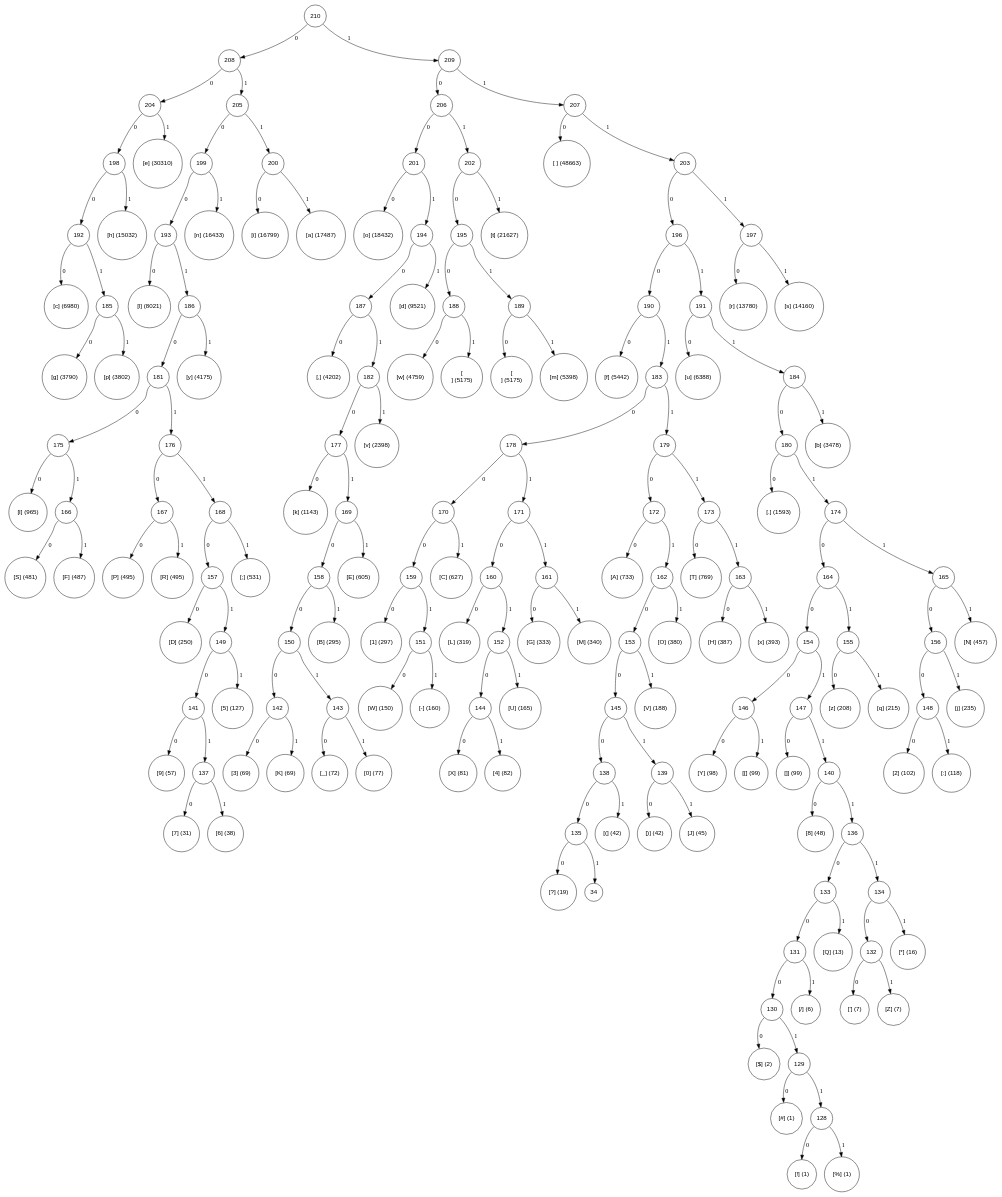
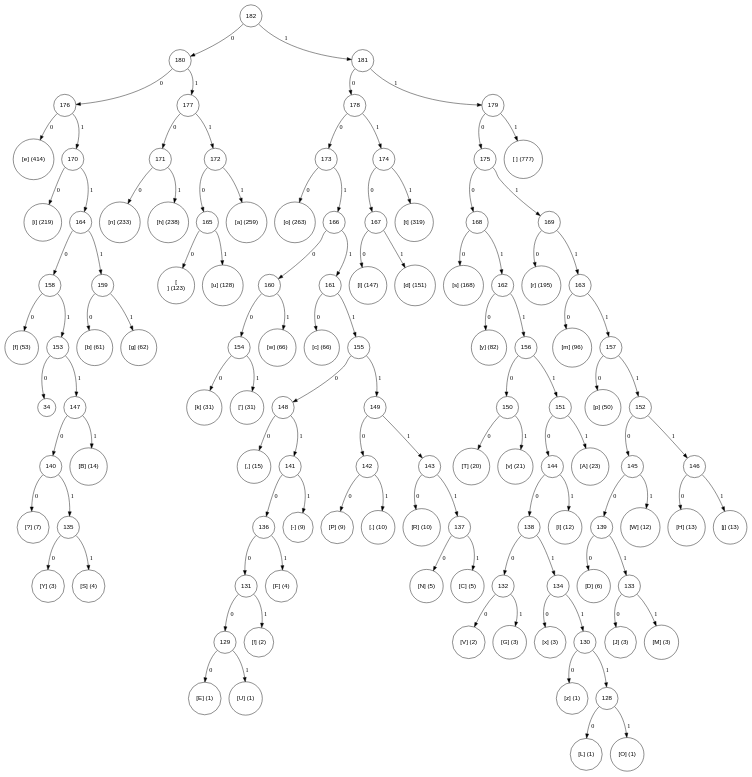
The diagram in fil_rouge/huffman/huffman/dot/v_00000_tree.dot (silvavds/aap), drawn with Graphviz before and after one commit. The commit also changed 10 other files, not shown here.

```diff
--- a/fil_rouge/huffman/huffman/dot/v_00000_tree.dot
+++ b/fil_rouge/huffman/huffman/dot/v_00000_tree.dot
@@ -1,338 +1,225 @@
 digraph tree {
 	node [fontname="Arial", shape="circle", width=0.5]; 
 
-210:sw -> 208 [label = " 0"]; 
-208 [label = "208"]; 
-208:sw -> 204 [label = " 0"]; 
-204 [label = "204"]; 
-204:se -> 101 [label = " 1"]; 
-101 [label = "[e] (30310) "]; 
-204:sw -> 198 [label = " 0"]; 
-198 [label = "198"]; 
-198:se -> 104 [label = " 1"]; 
-104 [label = "[h] (15032) "]; 
-198:sw -> 192 [label = " 0"]; 
-192 [label = "192"]; 
-192:sw -> 99 [label = " 0"]; 
-99 [label = "[c] (6980) "]; 
-192:se -> 185 [label = " 1"]; 
-185 [label = "185"]; 
-185:sw -> 103 [label = " 0"]; 
-103 [label = "[g] (3790) "]; 
-185:se -> 112 [label = " 1"]; 
-112 [label = "[p] (3802) "]; 
-208:se -> 205 [label = " 1"]; 
-205 [label = "205"]; 
-205:sw -> 199 [label = " 0"]; 
-199 [label = "199"]; 
-199:se -> 110 [label = " 1"]; 
-110 [label = "[n] (16433) "]; 
-199:sw -> 193 [label = " 0"]; 
-193 [label = "193"]; 
-193:sw -> 108 [label = " 0"]; 
-108 [label = "[l] (8021) "]; 
-193:se -> 186 [label = " 1"]; 
-186 [label = "186"]; 
-186:se -> 121 [label = " 1"]; 
-121 [label = "[y] (4175) "]; 
-186:sw -> 181 [label = " 0"]; 
+182:sw -> 180 [label = " 0"]; 
+180 [label = "180"]; 
+180:sw -> 176 [label = " 0"]; 
+176 [label = "176"]; 
+176:sw -> 101 [label = " 0"]; 
+101 [label = "[e] (414) "]; 
+176:se -> 170 [label = " 1"]; 
+170 [label = "170"]; 
+170:sw -> 105 [label = " 0"]; 
+105 [label = "[i] (219) "]; 
+170:se -> 164 [label = " 1"]; 
+164 [label = "164"]; 
+164:sw -> 158 [label = " 0"]; 
+158 [label = "158"]; 
+158:sw -> 102 [label = " 0"]; 
+102 [label = "[f] (53) "]; 
+158:se -> 153 [label = " 1"]; 
+153 [label = "153"]; 
+153:sw -> 34 [label = " 0"]; 
+34 [label = "34"]; 
+153:se -> 147 [label = " 1"]; 
+147 [label = "147"]; 
+147:se -> 66 [label = " 1"]; 
+66 [label = "[B] (14) "]; 
+147:sw -> 140 [label = " 0"]; 
+140 [label = "140"]; 
+140:sw -> 63 [label = " 0"]; 
+63 [label = "[?] (7) "]; 
+140:se -> 135 [label = " 1"]; 
+135 [label = "135"]; 
+135:se -> 83 [label = " 1"]; 
+83 [label = "[S] (4) "]; 
+135:sw -> 89 [label = " 0"]; 
+89 [label = "[Y] (3) "]; 
+164:se -> 159 [label = " 1"]; 
+159 [label = "159"]; 
+159:sw -> 98 [label = " 0"]; 
+98 [label = "[b] (61) "]; 
+159:se -> 103 [label = " 1"]; 
+103 [label = "[g] (62) "]; 
+180:se -> 177 [label = " 1"]; 
+177 [label = "177"]; 
+177:sw -> 171 [label = " 0"]; 
+171 [label = "171"]; 
+171:se -> 104 [label = " 1"]; 
+104 [label = "[h] (238) "]; 
+171:sw -> 110 [label = " 0"]; 
+110 [label = "[n] (233) "]; 
+177:se -> 172 [label = " 1"]; 
+172 [label = "172"]; 
+172:se -> 97 [label = " 1"]; 
+97 [label = "[a] (259) "]; 
+172:sw -> 165 [label = " 0"]; 
+165 [label = "165"]; 
+165:sw -> 10 [label = " 0"]; 
+10 [label = "[
+] (123) "]; 
+165:se -> 117 [label = " 1"]; 
+117 [label = "[u] (128) "]; 
+182:se -> 181 [label = " 1"]; 
 181 [label = "181"]; 
-181:sw -> 175 [label = " 0"]; 
+181:sw -> 178 [label = " 0"]; 
+178 [label = "178"]; 
+178:sw -> 173 [label = " 0"]; 
+173 [label = "173"]; 
+173:sw -> 111 [label = " 0"]; 
+111 [label = "[o] (263) "]; 
+173:se -> 166 [label = " 1"]; 
+166 [label = "166"]; 
+166:sw -> 160 [label = " 0"]; 
+160 [label = "160"]; 
+160:se -> 119 [label = " 1"]; 
+119 [label = "[w] (66) "]; 
+160:sw -> 154 [label = " 0"]; 
+154 [label = "154"]; 
+154:se -> 39 [label = " 1"]; 
+39 [label = "['] (31) "]; 
+154:sw -> 107 [label = " 0"]; 
+107 [label = "[k] (31) "]; 
+166:se -> 161 [label = " 1"]; 
+161 [label = "161"]; 
+161:sw -> 99 [label = " 0"]; 
+99 [label = "[c] (66) "]; 
+161:se -> 155 [label = " 1"]; 
+155 [label = "155"]; 
+155:sw -> 148 [label = " 0"]; 
+148 [label = "148"]; 
+148:sw -> 44 [label = " 0"]; 
+44 [label = "[,] (15) "]; 
+148:se -> 141 [label = " 1"]; 
+141 [label = "141"]; 
+141:se -> 45 [label = " 1"]; 
+45 [label = "[-] (9) "]; 
+141:sw -> 136 [label = " 0"]; 
+136 [label = "136"]; 
+136:se -> 70 [label = " 1"]; 
+70 [label = "[F] (4) "]; 
+136:sw -> 131 [label = " 0"]; 
+131 [label = "131"]; 
+131:se -> 33 [label = " 1"]; 
+33 [label = "[!] (2) "]; 
+131:sw -> 129 [label = " 0"]; 
+129 [label = "129"]; 
+129:sw -> 69 [label = " 0"]; 
+69 [label = "[E] (1) "]; 
+129:se -> 85 [label = " 1"]; 
+85 [label = "[U] (1) "]; 
+155:se -> 149 [label = " 1"]; 
+149 [label = "149"]; 
+149:sw -> 142 [label = " 0"]; 
+142 [label = "142"]; 
+142:se -> 46 [label = " 1"]; 
+46 [label = "[.] (10) "]; 
+142:sw -> 80 [label = " 0"]; 
+80 [label = "[P] (9) "]; 
+149:se -> 143 [label = " 1"]; 
+143 [label = "143"]; 
+143:sw -> 82 [label = " 0"]; 
+82 [label = "[R] (10) "]; 
+143:se -> 137 [label = " 1"]; 
+137 [label = "137"]; 
+137:se -> 67 [label = " 1"]; 
+67 [label = "[C] (5) "]; 
+137:sw -> 78 [label = " 0"]; 
+78 [label = "[N] (5) "]; 
+178:se -> 174 [label = " 1"]; 
+174 [label = "174"]; 
+174:se -> 116 [label = " 1"]; 
+116 [label = "[t] (319) "]; 
+174:sw -> 167 [label = " 0"]; 
+167 [label = "167"]; 
+167:se -> 100 [label = " 1"]; 
+100 [label = "[d] (151) "]; 
+167:sw -> 108 [label = " 0"]; 
+108 [label = "[l] (147) "]; 
+181:se -> 179 [label = " 1"]; 
+179 [label = "179"]; 
+179:se -> 32 [label = " 1"]; 
+32 [label = "[ ] (777) "]; 
+179:sw -> 175 [label = " 0"]; 
 175 [label = "175"]; 
-175:sw -> 73 [label = " 0"]; 
-73 [label = "[I] (965) "]; 
-175:se -> 166 [label = " 1"]; 
-166 [label = "166"]; 
-166:se -> 70 [label = " 1"]; 
-70 [label = "[F] (487) "]; 
-166:sw -> 83 [label = " 0"]; 
-83 [label = "[S] (481) "]; 
-181:se -> 176 [label = " 1"]; 
-176 [label = "176"]; 
-176:sw -> 167 [label = " 0"]; 
-167 [label = "167"]; 
-167:sw -> 80 [label = " 0"]; 
-80 [label = "[P] (495) "]; 
-167:se -> 82 [label = " 1"]; 
-82 [label = "[R] (495) "]; 
-176:se -> 168 [label = " 1"]; 
+175:sw -> 168 [label = " 0"]; 
 168 [label = "168"]; 
-168:se -> 59 [label = " 1"]; 
-59 [label = "[;] (531) "]; 
-168:sw -> 157 [label = " 0"]; 
+168:sw -> 115 [label = " 0"]; 
+115 [label = "[s] (168) "]; 
+168:se -> 162 [label = " 1"]; 
+162 [label = "162"]; 
+162:sw -> 121 [label = " 0"]; 
+121 [label = "[y] (82) "]; 
+162:se -> 156 [label = " 1"]; 
+156 [label = "156"]; 
+156:sw -> 150 [label = " 0"]; 
+150 [label = "150"]; 
+150:sw -> 84 [label = " 0"]; 
+84 [label = "[T] (20) "]; 
+150:se -> 118 [label = " 1"]; 
+118 [label = "[v] (21) "]; 
+156:se -> 151 [label = " 1"]; 
+151 [label = "151"]; 
+151:se -> 65 [label = " 1"]; 
+65 [label = "[A] (23) "]; 
+151:sw -> 144 [label = " 0"]; 
+144 [label = "144"]; 
+144:se -> 73 [label = " 1"]; 
+73 [label = "[I] (12) "]; 
+144:sw -> 138 [label = " 0"]; 
+138 [label = "138"]; 
+138:sw -> 132 [label = " 0"]; 
+132 [label = "132"]; 
+132:se -> 71 [label = " 1"]; 
+71 [label = "[G] (3) "]; 
+132:sw -> 86 [label = " 0"]; 
+86 [label = "[V] (2) "]; 
+138:se -> 134 [label = " 1"]; 
+134 [label = "134"]; 
+134:sw -> 120 [label = " 0"]; 
+120 [label = "[x] (3) "]; 
+134:se -> 130 [label = " 1"]; 
+130 [label = "130"]; 
+130:sw -> 122 [label = " 0"]; 
+122 [label = "[z] (1) "]; 
+130:se -> 128 [label = " 1"]; 
+128 [label = "128"]; 
+128:sw -> 76 [label = " 0"]; 
+76 [label = "[L] (1) "]; 
+128:se -> 79 [label = " 1"]; 
+79 [label = "[O] (1) "]; 
+175:se -> 169 [label = " 1"]; 
+169 [label = "169"]; 
+169:sw -> 114 [label = " 0"]; 
+114 [label = "[r] (195) "]; 
+169:se -> 163 [label = " 1"]; 
+163 [label = "163"]; 
+163:sw -> 109 [label = " 0"]; 
+109 [label = "[m] (96) "]; 
+163:se -> 157 [label = " 1"]; 
 157 [label = "157"]; 
-157:sw -> 68 [label = " 0"]; 
-68 [label = "[D] (250) "]; 
-157:se -> 149 [label = " 1"]; 
-149 [label = "149"]; 
-149:se -> 53 [label = " 1"]; 
-53 [label = "[5] (127) "]; 
-149:sw -> 141 [label = " 0"]; 
-141 [label = "141"]; 
-141:sw -> 57 [label = " 0"]; 
-57 [label = "[9] (57) "]; 
-141:se -> 137 [label = " 1"]; 
-137 [label = "137"]; 
-137:se -> 54 [label = " 1"]; 
-54 [label = "[6] (38) "]; 
-137:sw -> 55 [label = " 0"]; 
-55 [label = "[7] (31) "]; 
-205:se -> 200 [label = " 1"]; 
-200 [label = "200"]; 
-200:se -> 97 [label = " 1"]; 
-97 [label = "[a] (17487) "]; 
-200:sw -> 105 [label = " 0"]; 
-105 [label = "[i] (16799) "]; 
-210:se -> 209 [label = " 1"]; 
-209 [label = "209"]; 
-209:sw -> 206 [label = " 0"]; 
-206 [label = "206"]; 
-206:sw -> 201 [label = " 0"]; 
-201 [label = "201"]; 
-201:sw -> 111 [label = " 0"]; 
-111 [label = "[o] (18432) "]; 
-201:se -> 194 [label = " 1"]; 
-194 [label = "194"]; 
-194:se -> 100 [label = " 1"]; 
-100 [label = "[d] (9521) "]; 
-194:sw -> 187 [label = " 0"]; 
-187 [label = "187"]; 
-187:sw -> 44 [label = " 0"]; 
-44 [label = "[,] (4202) "]; 
-187:se -> 182 [label = " 1"]; 
-182 [label = "182"]; 
-182:se -> 118 [label = " 1"]; 
-118 [label = "[v] (2398) "]; 
-182:sw -> 177 [label = " 0"]; 
-177 [label = "177"]; 
-177:sw -> 107 [label = " 0"]; 
-107 [label = "[k] (1143) "]; 
-177:se -> 169 [label = " 1"]; 
-169 [label = "169"]; 
-169:se -> 69 [label = " 1"]; 
-69 [label = "[E] (605) "]; 
-169:sw -> 158 [label = " 0"]; 
-158 [label = "158"]; 
-158:se -> 66 [label = " 1"]; 
-66 [label = "[B] (295) "]; 
-158:sw -> 150 [label = " 0"]; 
-150 [label = "150"]; 
-150:sw -> 142 [label = " 0"]; 
-142 [label = "142"]; 
-142:sw -> 51 [label = " 0"]; 
-51 [label = "[3] (69) "]; 
-142:se -> 75 [label = " 1"]; 
-75 [label = "[K] (69) "]; 
-150:se -> 143 [label = " 1"]; 
-143 [label = "143"]; 
-143:se -> 48 [label = " 1"]; 
-48 [label = "[0] (77) "]; 
-143:sw -> 95 [label = " 0"]; 
-95 [label = "[_] (72) "]; 
-206:se -> 202 [label = " 1"]; 
-202 [label = "202"]; 
-202:se -> 116 [label = " 1"]; 
-116 [label = "[t] (21627) "]; 
-202:sw -> 195 [label = " 0"]; 
-195 [label = "195"]; 
-195:sw -> 188 [label = " 0"]; 
-188 [label = "188"]; 
-188:se -> 13 [label = " 1"]; 
-13 [label = "[
-] (5175) "]; 
-188:sw -> 119 [label = " 0"]; 
-119 [label = "[w] (4759) "]; 
-195:se -> 189 [label = " 1"]; 
-189 [label = "189"]; 
-189:sw -> 10 [label = " 0"]; 
-10 [label = "[
-] (5175) "]; 
-189:se -> 109 [label = " 1"]; 
-109 [label = "[m] (5398) "]; 
-209:se -> 207 [label = " 1"]; 
-207 [label = "207"]; 
-207:sw -> 32 [label = " 0"]; 
-32 [label = "[ ] (48663) "]; 
-207:se -> 203 [label = " 1"]; 
-203 [label = "203"]; 
-203:sw -> 196 [label = " 0"]; 
-196 [label = "196"]; 
-196:sw -> 190 [label = " 0"]; 
-190 [label = "190"]; 
-190:sw -> 102 [label = " 0"]; 
-102 [label = "[f] (5442) "]; 
-190:se -> 183 [label = " 1"]; 
-183 [label = "183"]; 
-183:sw -> 178 [label = " 0"]; 
-178 [label = "178"]; 
-178:sw -> 170 [label = " 0"]; 
-170 [label = "170"]; 
-170:se -> 67 [label = " 1"]; 
-67 [label = "[C] (627) "]; 
-170:sw -> 159 [label = " 0"]; 
-159 [label = "159"]; 
-159:sw -> 49 [label = " 0"]; 
-49 [label = "[1] (297) "]; 
-159:se -> 151 [label = " 1"]; 
-151 [label = "151"]; 
-151:se -> 45 [label = " 1"]; 
-45 [label = "[-] (160) "]; 
-151:sw -> 87 [label = " 0"]; 
-87 [label = "[W] (150) "]; 
-178:se -> 171 [label = " 1"]; 
-171 [label = "171"]; 
-171:sw -> 160 [label = " 0"]; 
-160 [label = "160"]; 
-160:sw -> 76 [label = " 0"]; 
-76 [label = "[L] (319) "]; 
-160:se -> 152 [label = " 1"]; 
+157:sw -> 112 [label = " 0"]; 
+112 [label = "[p] (50) "]; 
+157:se -> 152 [label = " 1"]; 
 152 [label = "152"]; 
-152:se -> 85 [label = " 1"]; 
-85 [label = "[U] (165) "]; 
-152:sw -> 144 [label = " 0"]; 
-144 [label = "144"]; 
-144:se -> 52 [label = " 1"]; 
-52 [label = "[4] (82) "]; 
-144:sw -> 88 [label = " 0"]; 
-88 [label = "[X] (81) "]; 
-171:se -> 161 [label = " 1"]; 
-161 [label = "161"]; 
-161:sw -> 71 [label = " 0"]; 
-71 [label = "[G] (333) "]; 
-161:se -> 77 [label = " 1"]; 
-77 [label = "[M] (340) "]; 
-183:se -> 179 [label = " 1"]; 
-179 [label = "179"]; 
-179:sw -> 172 [label = " 0"]; 
-172 [label = "172"]; 
-172:sw -> 65 [label = " 0"]; 
-65 [label = "[A] (733) "]; 
-172:se -> 162 [label = " 1"]; 
-162 [label = "162"]; 
-162:se -> 79 [label = " 1"]; 
-79 [label = "[O] (380) "]; 
-162:sw -> 153 [label = " 0"]; 
-153 [label = "153"]; 
-153:se -> 86 [label = " 1"]; 
-86 [label = "[V] (188) "]; 
-153:sw -> 145 [label = " 0"]; 
+152:sw -> 145 [label = " 0"]; 
 145 [label = "145"]; 
-145:sw -> 138 [label = " 0"]; 
-138 [label = "138"]; 
-138:se -> 40 [label = " 1"]; 
-40 [label = "[(] (42) "]; 
-138:sw -> 135 [label = " 0"]; 
-135 [label = "135"]; 
-135:se -> 34 [label = " 1"]; 
-34 [label = "34"]; 
-135:sw -> 63 [label = " 0"]; 
-63 [label = "[?] (19) "]; 
-145:se -> 139 [label = " 1"]; 
+145:se -> 87 [label = " 1"]; 
+87 [label = "[W] (12) "]; 
+145:sw -> 139 [label = " 0"]; 
 139 [label = "139"]; 
-139:sw -> 41 [label = " 0"]; 
-41 [label = "[)] (42) "]; 
-139:se -> 74 [label = " 1"]; 
-74 [label = "[J] (45) "]; 
-179:se -> 173 [label = " 1"]; 
-173 [label = "173"]; 
-173:sw -> 84 [label = " 0"]; 
-84 [label = "[T] (769) "]; 
-173:se -> 163 [label = " 1"]; 
-163 [label = "163"]; 
-163:sw -> 72 [label = " 0"]; 
-72 [label = "[H] (387) "]; 
-163:se -> 120 [label = " 1"]; 
-120 [label = "[x] (393) "]; 
-196:se -> 191 [label = " 1"]; 
-191 [label = "191"]; 
-191:sw -> 117 [label = " 0"]; 
-117 [label = "[u] (6388) "]; 
-191:se -> 184 [label = " 1"]; 
-184 [label = "184"]; 
-184:se -> 98 [label = " 1"]; 
-98 [label = "[b] (3478) "]; 
-184:sw -> 180 [label = " 0"]; 
-180 [label = "180"]; 
-180:sw -> 46 [label = " 0"]; 
-46 [label = "[.] (1593) "]; 
-180:se -> 174 [label = " 1"]; 
-174 [label = "174"]; 
-174:sw -> 164 [label = " 0"]; 
-164 [label = "164"]; 
-164:sw -> 154 [label = " 0"]; 
-154 [label = "154"]; 
-154:sw -> 146 [label = " 0"]; 
+139:sw -> 68 [label = " 0"]; 
+68 [label = "[D] (6) "]; 
+139:se -> 133 [label = " 1"]; 
+133 [label = "133"]; 
+133:sw -> 74 [label = " 0"]; 
+74 [label = "[J] (3) "]; 
+133:se -> 77 [label = " 1"]; 
+77 [label = "[M] (3) "]; 
+152:se -> 146 [label = " 1"]; 
 146 [label = "146"]; 
-146:sw -> 89 [label = " 0"]; 
-89 [label = "[Y] (98) "]; 
-146:se -> 91 [label = " 1"]; 
-91 [label = "[[] (99) "]; 
-154:se -> 147 [label = " 1"]; 
-147 [label = "147"]; 
-147:sw -> 93 [label = " 0"]; 
-93 [label = "[]] (99) "]; 
-147:se -> 140 [label = " 1"]; 
-140 [label = "140"]; 
-140:sw -> 56 [label = " 0"]; 
-56 [label = "[8] (48) "]; 
-140:se -> 136 [label = " 1"]; 
-136 [label = "136"]; 
-136:sw -> 133 [label = " 0"]; 
-133 [label = "133"]; 
-133:se -> 81 [label = " 1"]; 
-81 [label = "[Q] (13) "]; 
-133:sw -> 131 [label = " 0"]; 
-131 [label = "131"]; 
-131:se -> 47 [label = " 1"]; 
-47 [label = "[/] (6) "]; 
-131:sw -> 130 [label = " 0"]; 
-130 [label = "130"]; 
-130:sw -> 36 [label = " 0"]; 
-36 [label = "[$] (2) "]; 
-130:se -> 129 [label = " 1"]; 
-129 [label = "129"]; 
-129:sw -> 35 [label = " 0"]; 
-35 [label = "[#] (1) "]; 
-129:se -> 128 [label = " 1"]; 
-128 [label = "128"]; 
-128:sw -> 33 [label = " 0"]; 
-33 [label = "[!] (1) "]; 
-128:se -> 37 [label = " 1"]; 
-37 [label = "[%] (1) "]; 
-136:se -> 134 [label = " 1"]; 
-134 [label = "134"]; 
-134:se -> 42 [label = " 1"]; 
-42 [label = "[*] (16) "]; 
-134:sw -> 132 [label = " 0"]; 
-132 [label = "132"]; 
-132:sw -> 39 [label = " 0"]; 
-39 [label = "['] (7) "]; 
-132:se -> 90 [label = " 1"]; 
-90 [label = "[Z] (7) "]; 
-164:se -> 155 [label = " 1"]; 
-155 [label = "155"]; 
-155:se -> 113 [label = " 1"]; 
-113 [label = "[q] (215) "]; 
-155:sw -> 122 [label = " 0"]; 
-122 [label = "[z] (208) "]; 
-174:se -> 165 [label = " 1"]; 
-165 [label = "165"]; 
-165:se -> 78 [label = " 1"]; 
-78 [label = "[N] (457) "]; 
-165:sw -> 156 [label = " 0"]; 
-156 [label = "156"]; 
-156:se -> 106 [label = " 1"]; 
-106 [label = "[j] (235) "]; 
-156:sw -> 148 [label = " 0"]; 
-148 [label = "148"]; 
-148:sw -> 50 [label = " 0"]; 
-50 [label = "[2] (102) "]; 
-148:se -> 58 [label = " 1"]; 
-58 [label = "[:] (118) "]; 
-203:se -> 197 [label = " 1"]; 
-197 [label = "197"]; 
-197:sw -> 114 [label = " 0"]; 
-114 [label = "[r] (13780) "]; 
-197:se -> 115 [label = " 1"]; 
-115 [label = "[s] (14160) "]; 
+146:sw -> 72 [label = " 0"]; 
+72 [label = "[H] (13) "]; 
+146:se -> 106 [label = " 1"]; 
+106 [label = "[j] (13) "]; 
 }
```
